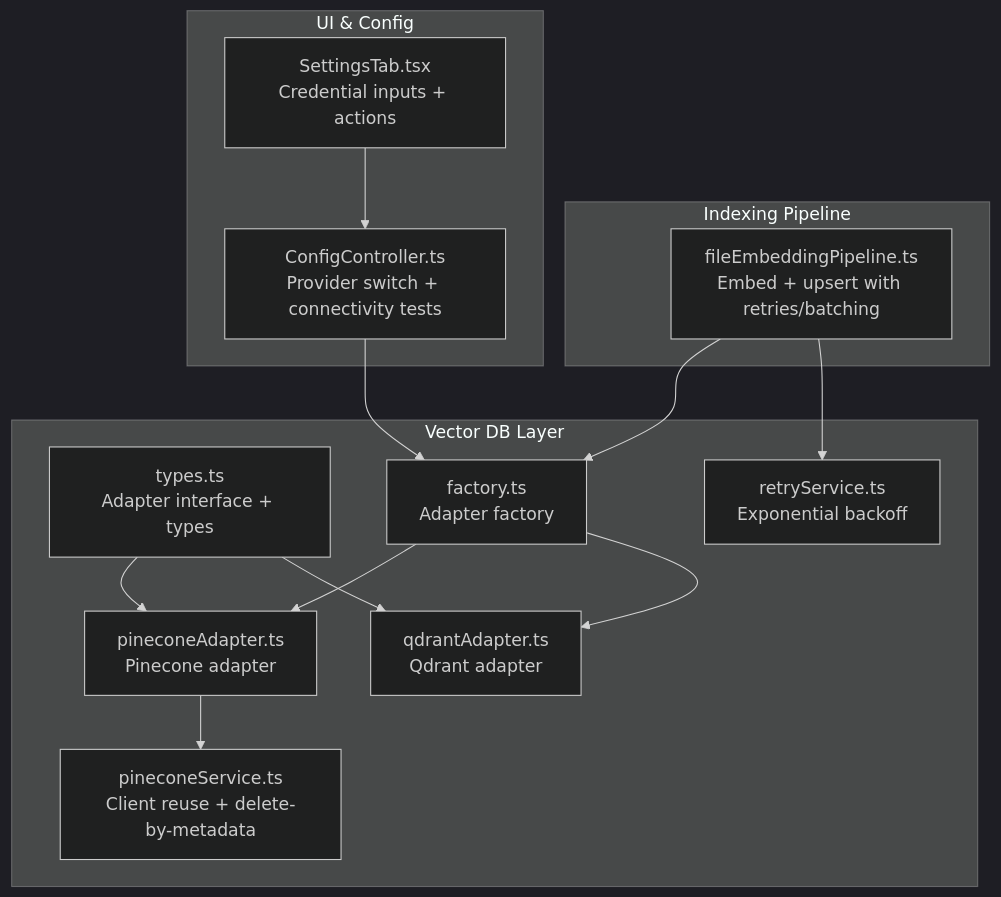
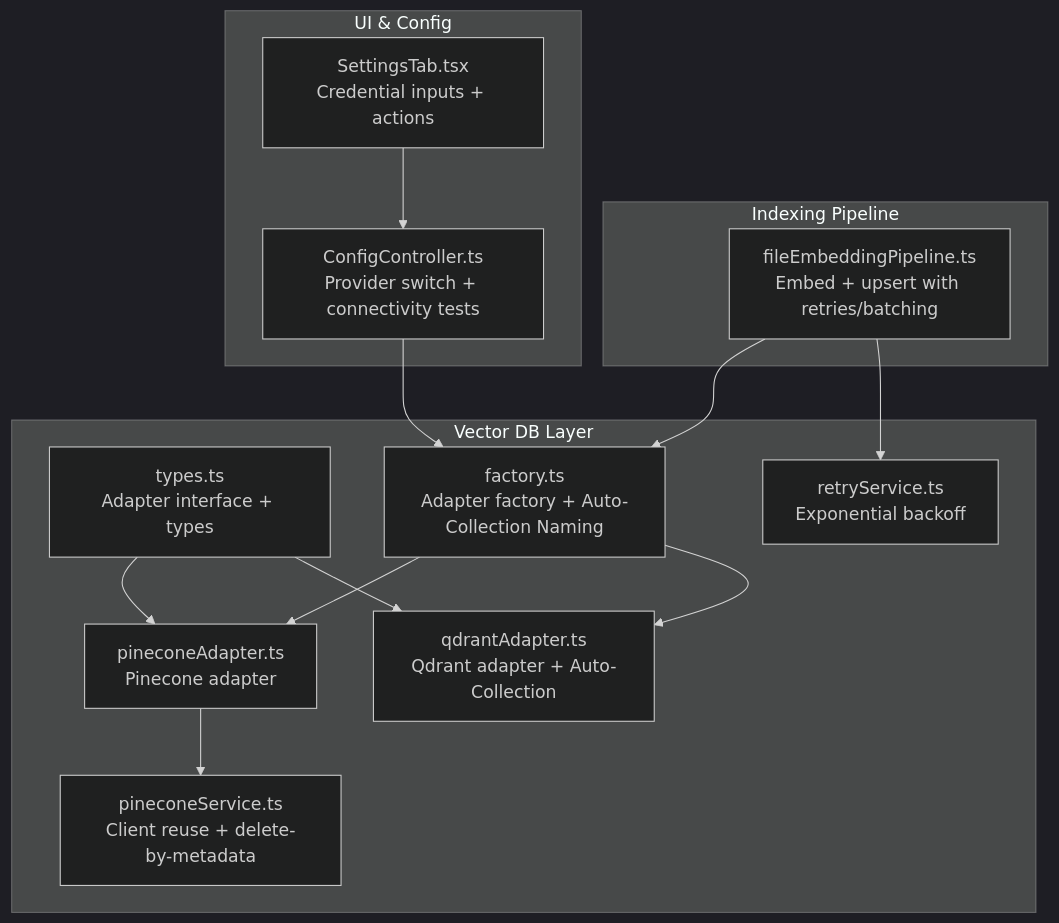
Before and after one commit to bramburn/repomix-runner: the first of 10 diagrams in .qoder/repowiki/en/content/Indexing and Search System/Vector Database Adapters.md, drawn with Mermaid (dark theme). The commit also changed other lines of this file and 17 other files, not shown here.

````diff
--- a/.qoder/repowiki/en/content/Indexing and Search System/Vector Database Adapters.md
+++ b/.qoder/repowiki/en/content/Indexing and Search System/Vector Database Adapters.md
@@ -42,27 +53,27 @@
 ```mermaid
 graph TB
 subgraph "Vector DB Layer"
 Types["types.ts<br/>Adapter interface + types"]
-Factory["factory.ts<br/>Adapter factory"]
+Factory["factory.ts<br/>Adapter factory + Auto-Collection Naming"]
 PineconeAdapter["pineconeAdapter.ts<br/>Pinecone adapter"]
-QdrantAdapter["qdrantAdapter.ts<br/>Qdrant adapter"]
+QdrantAdapter["qdrantAdapter.ts<br/>Qdrant adapter + Auto-Collection"]
 PineconeService["pineconeService.ts<br/>Client reuse + delete-by-metadata"]
 Retry["retryService.ts<br/>Exponential backoff"]
 end
 subgraph "Indexing Pipeline"
 Pipeline["fileEmbeddingPipeline.ts<br/>Embed + upsert with retries/batching"]
 end
 subgraph "UI & Config"
 Ctl["ConfigController.ts<br/>Provider switch + connectivity tests"]
 UI["SettingsTab.tsx<br/>Credential inputs + actions"]
 end
 Types --> PineconeAdapter
 Types --> QdrantAdapter
 Factory --> PineconeAdapter
 Factory --> QdrantAdapter
 Pipeline --> Factory
 Pipeline --> Retry
 PineconeAdapter --> PineconeService
 Ctl --> Factory
 UI --> Ctl
 ```
````
